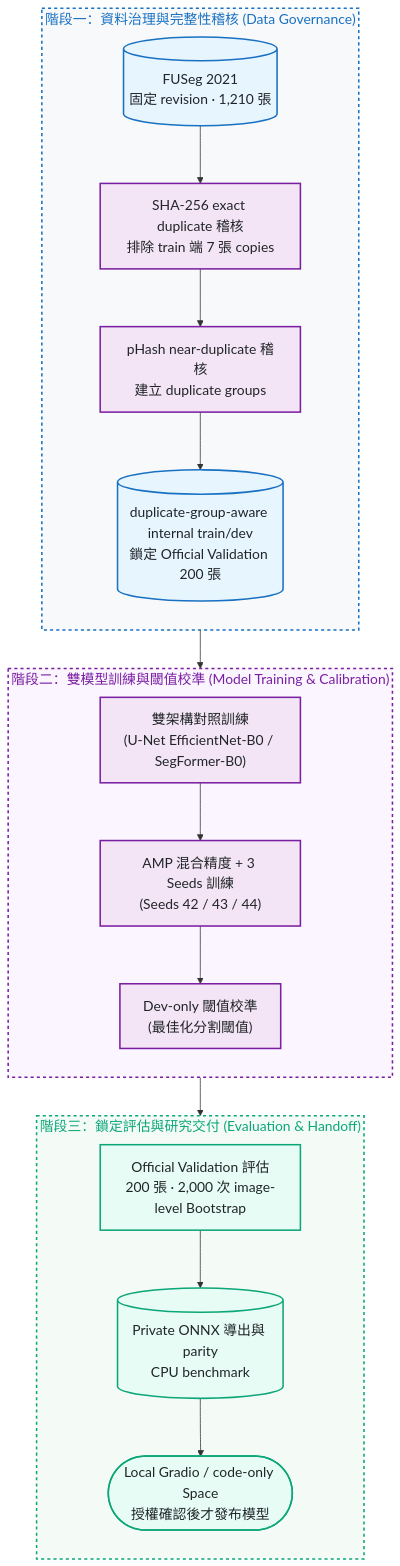
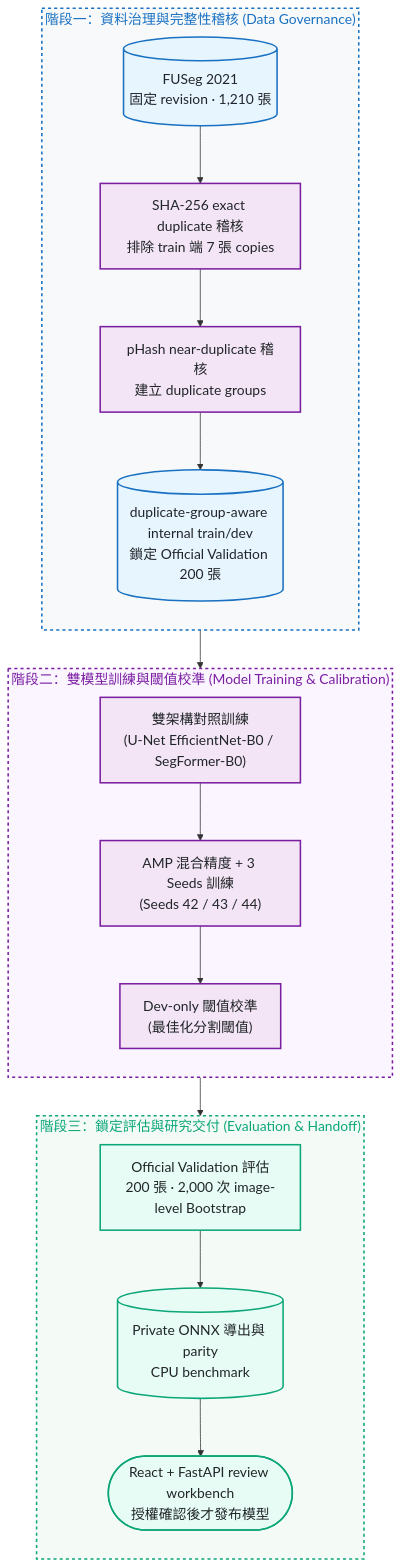
The diagram in README.md (kuotunyu/WoundScope), drawn with Mermaid before and after one commit. The commit also changed other lines of this file and 14 other files, not shown here.

Commit message:
docs: present review workbench

````diff
--- a/README.md
+++ b/README.md
@@ -28,32 +32,32 @@
 ```mermaid
 %%{init: {'themeVariables': {'fontSize': '18px'}}}%%
 flowchart TD
     subgraph Stage1 ["階段一：資料治理與完整性稽核 (Data Governance)"]
         direction TB
         Raw[("FUSeg 2021<br/>固定 revision · 1,210 張")] --> Exact["SHA-256 exact duplicate 稽核<br/>排除 train 端 7 張 copies"]
         Exact --> Near["pHash near-duplicate 稽核<br/>建立 duplicate groups"]
         Near --> Split[("duplicate-group-aware internal train/dev<br/>鎖定 Official Validation 200 張")]
     end
 
     subgraph Stage2 ["階段二：雙模型訓練與閾值校準 (Model Training & Calibration)"]
         direction TB
         Split --> Models["雙架構對照訓練<br/>(U-Net EfficientNet-B0 / SegFormer-B0)"] --> Train["AMP 混合精度 + 3 Seeds 訓練<br/>(Seeds 42 / 43 / 44)"] --> Calib["Dev-only 閾值校準<br/>(最佳化分割閾值)"]
     end
 
     subgraph Stage3 ["階段三：鎖定評估與研究交付 (Evaluation & Handoff)"]
         direction TB
-        Calib --> Eval["Official Validation 評估<br/>200 張 · 2,000 次 image-level Bootstrap"] --> ONNX[("Private ONNX 導出與 parity<br/>CPU benchmark")] --> Demo(["Local Gradio / code-only Space<br/>授權確認後才發布模型"])
+        Calib --> Eval["Official Validation 評估<br/>200 張 · 2,000 次 image-level Bootstrap"] --> ONNX[("Private ONNX 導出與 parity<br/>CPU benchmark")] --> Demo(["React + FastAPI review workbench<br/>授權確認後才發布模型"])
     end
 
     classDef srcStyle fill:#e7f5ff,stroke:#1971c2,stroke-width:2px,color:#212529
     classDef procStyle fill:#f3e5f5,stroke:#7b1fa2,stroke-width:2px,color:#212529
     classDef evalStyle fill:#e6fcf5,stroke:#0ca678,stroke-width:2px,color:#212529
 
     class Raw,Split srcStyle
     class Exact,Near,Models,Train,Calib procStyle
     class Eval,ONNX,Demo evalStyle
 
     style Stage1 fill:#f8f9fa,stroke:#1971c2,stroke-width:2px,color:#1971c2,stroke-dasharray: 4 4
     style Stage2 fill:#faf5ff,stroke:#7b1fa2,stroke-width:2px,color:#7b1fa2,stroke-dasharray: 4 4
     style Stage3 fill:#f4fbf7,stroke:#0ca678,stroke-width:2px,color:#0ca678,stroke-dasharray: 4 4
 ```
````
